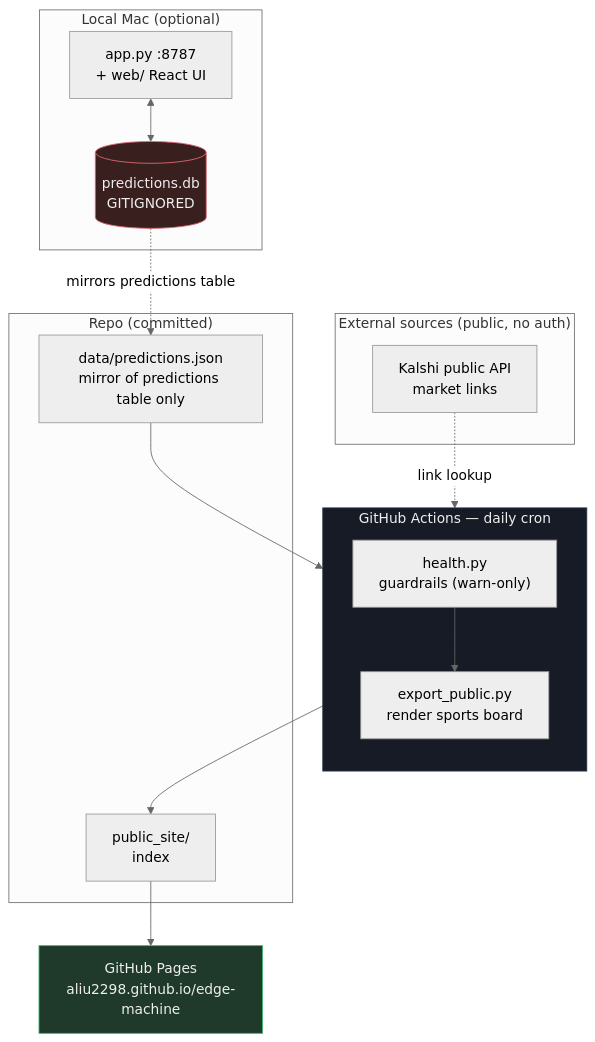
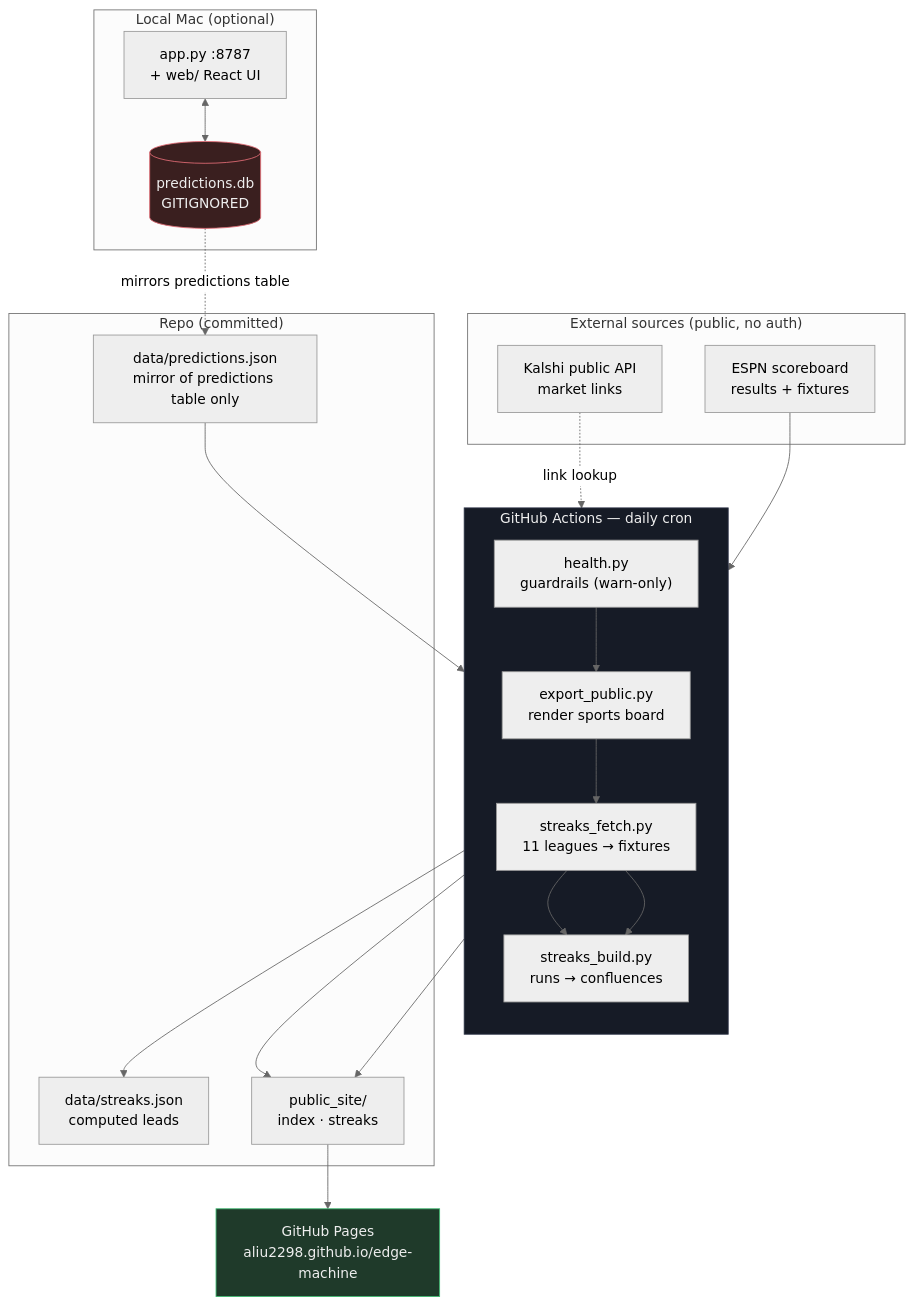
The diagram in README.md (aliu2298/edge-machine), drawn with Mermaid (neutral theme) before and after one commit. The commit also changed other lines of this file and 6 other files, not shown here.

````diff
--- a/README.md
+++ b/README.md
@@ -15,35 +16,42 @@
 ```mermaid
 flowchart TB
     subgraph CI["GitHub Actions — daily cron"]
         direction TB
         HC["health.py<br/>guardrails (warn-only)"]
         EX["export_public.py<br/>render sports board"]
-        HC --> EX
+        SF["streaks_fetch.py<br/>11 leagues → fixtures"]
+        SB["streaks_build.py<br/>runs → confluences"]
+        HC --> EX --> SF --> SB
     end
 
     subgraph EXT["External sources (public, no auth)"]
         KAL["Kalshi public API<br/>market links"]
+        ESPN["ESPN scoreboard<br/>results + fixtures"]
     end
 
     subgraph REPO["Repo (committed)"]
         PJ["data/predictions.json<br/>mirror of predictions table only"]
-        OUT["public_site/<br/>index"]
+        SJ["data/streaks.json<br/>computed leads"]
+        OUT["public_site/<br/>index · streaks"]
     end
 
     subgraph LOCAL["Local Mac (optional)"]
         APP["app.py :8787<br/>+ web/ React UI"]
         DB[("predictions.db<br/>GITIGNORED")]
         APP <--> DB
     end
 
     KAL -.link lookup.-> EX
+    ESPN --> SF
 
     PJ --> EX --> OUT
+    SF --> SB --> SJ
+    SB --> OUT
     DB -.mirrors predictions table.-> PJ
 
     OUT --> PAGES["GitHub Pages<br/>aliu2298.github.io/edge-machine"]
 
     style DB fill:#3a1f1f,stroke:#e06c75,color:#eee
     style PAGES fill:#1f3a2a,stroke:#3fb970,color:#eee
     style CI fill:#161b26,stroke:#2b3245,color:#eee
 ```
````
